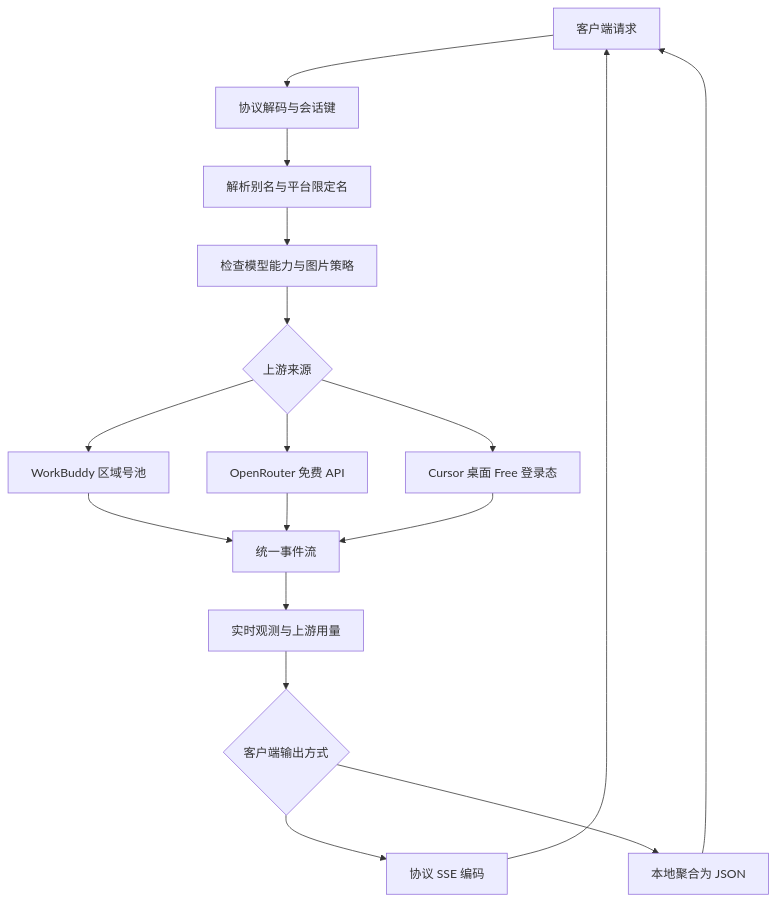
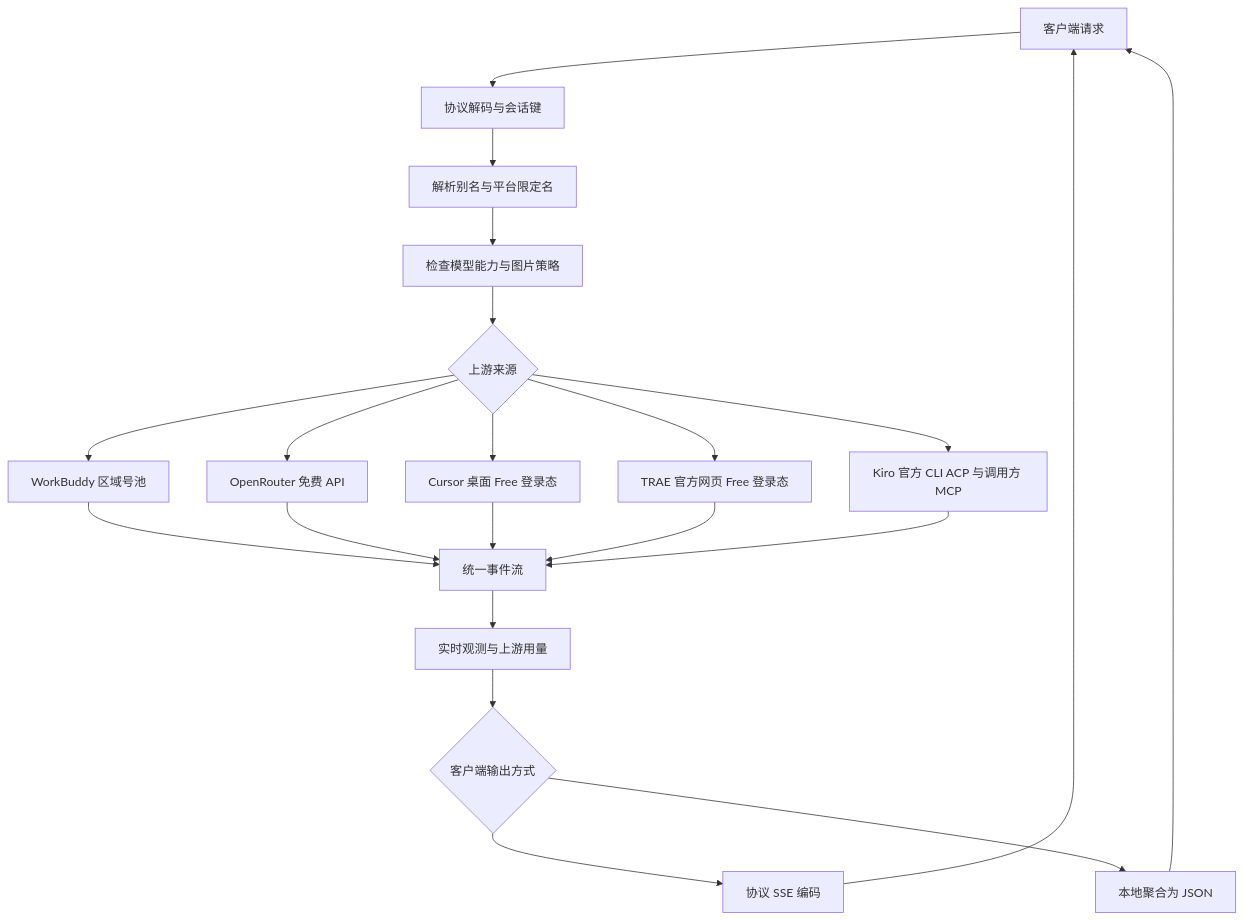
Before and after one commit to 576469377/Agent2API: the diagram in docs/architecture.md, drawn with Mermaid. The commit also changed other lines of this file and 107 other files, not shown here.

Commit message:
feat: integrate free TRAE and Kiro accounts with client setup

````diff
--- a/docs/architecture.md
+++ b/docs/architecture.md
@@ -21,19 +21,23 @@
 ```mermaid
 flowchart TB
   C[客户端请求] --> D[协议解码与会话键]
   D --> R[解析别名与平台限定名]
   R --> P[检查模型能力与图片策略]
   P --> A{上游来源}
   A --> WB[WorkBuddy 区域号池]
   A --> OR[OpenRouter 免费 API]
   A --> CU[Cursor 桌面 Free 登录态]
+  A --> TR[TRAE 官方网页 Free 登录态]
+  A --> KI[Kiro 官方 CLI ACP 与调用方 MCP]
   WB --> S[统一事件流]
   OR --> S
   CU --> S
+  TR --> S
+  KI --> S
   S --> O[实时观测与上游用量]
   O --> E{客户端输出方式}
   E --> SSE[协议 SSE 编码]
   E --> JSON[本地聚合为 JSON]
   SSE --> C
   JSON --> C
 ```
````
